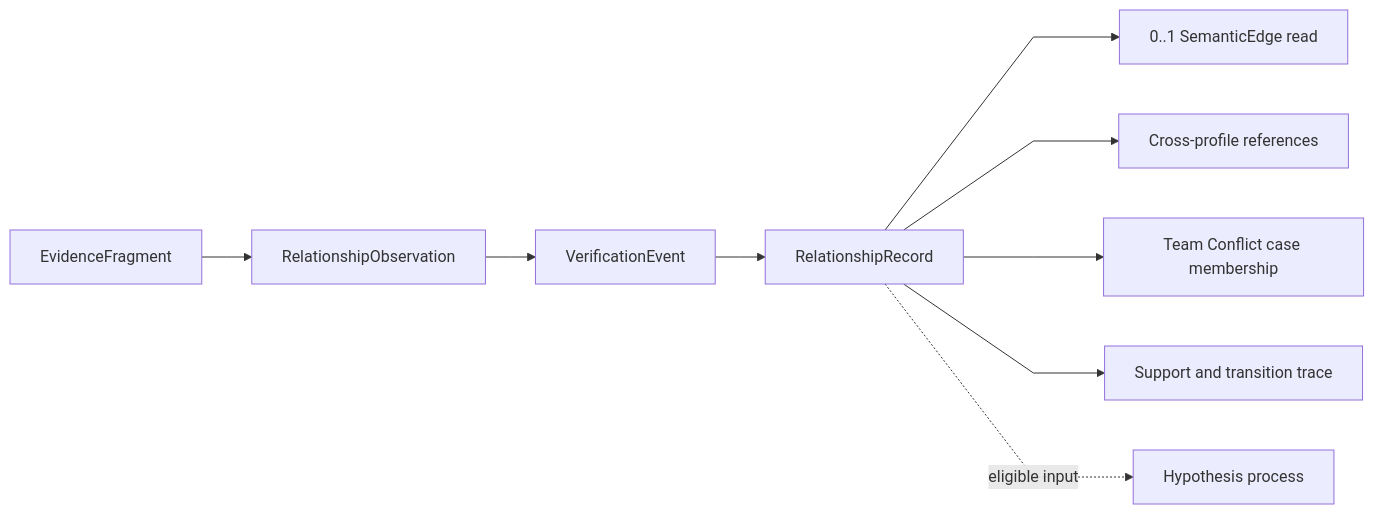
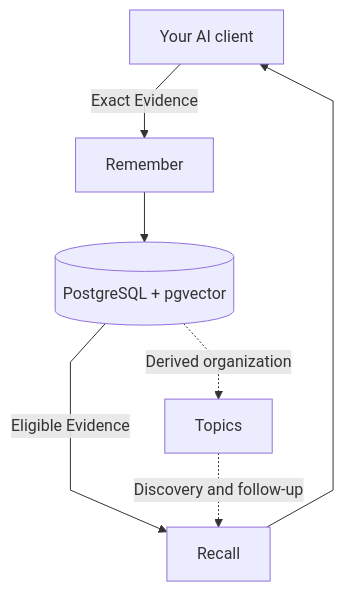
One commit to markhuangai/dense-mem changed the diagram in Home.md. Above: the diagram before and after it, drawn with Mermaid. The commit also changed other lines of this file and 34 other files, not shown here.

````diff
--- a/Home.md
+++ b/Home.md
@@ -132,12 +7,10 @@
 ```mermaid
 %%{init: {"flowchart": {"curve": "linear"}}}%%
-flowchart LR
-  Fragment["EvidenceFragment"] --> Observation["RelationshipObservation"]
-  Observation --> Verification["VerificationEvent"]
-  Verification --> Record["RelationshipRecord"]
-  Record --> Edge["0..1 SemanticEdge read"]
-  Record --> Cross["Cross-profile references"]
-  Record --> Case["Team Conflict case membership"]
-  Record --> Trace["Support and transition trace"]
-  Record -. "eligible input" .-> Dream["Hypothesis process"]
+flowchart TB
+  Client["Your AI client"] -->|"Exact Evidence"| Remember["Remember"]
+  Remember --> Store[("PostgreSQL + pgvector")]
+  Store -->|"Eligible Evidence"| Recall["Recall"]
+  Recall --> Client
+  Store -. "Derived organization" .-> Topics["Topics"]
+  Topics -. "Discovery and follow-up" .-> Recall
 ```
````
